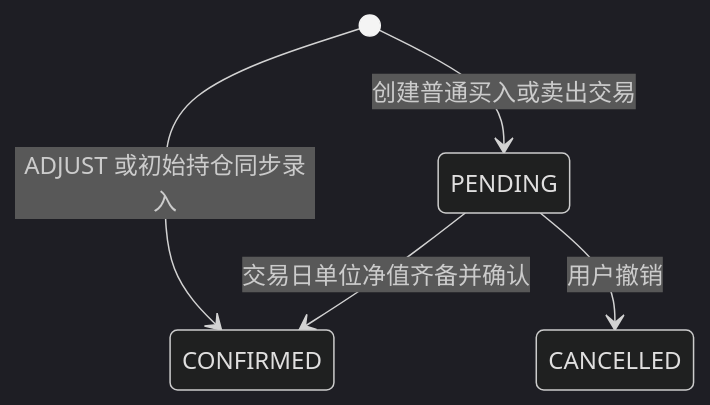
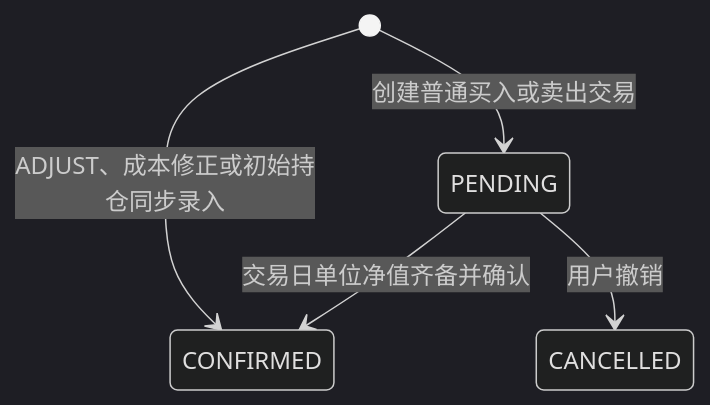
Before and after one commit to coolmentha/fundpilot: the first of 2 diagrams in docs/business/transactions-and-accounting.md, drawn with Mermaid (dark theme). The commit also changed other lines of this file and 32 other files, not shown here.

````diff
--- a/docs/business/transactions-and-accounting.md
+++ b/docs/business/transactions-and-accounting.md
@@ -23,7 +24,7 @@
 ```mermaid
 stateDiagram-v2
     [*] --> PENDING: 创建普通买入或卖出交易
     PENDING --> CONFIRMED: 交易日单位净值齐备并确认
     PENDING --> CANCELLED: 用户撤销
-    [*] --> CONFIRMED: ADJUST 或初始持仓同步录入
+    [*] --> CONFIRMED: ADJUST、成本修正或初始持仓同步录入
 ```
````
